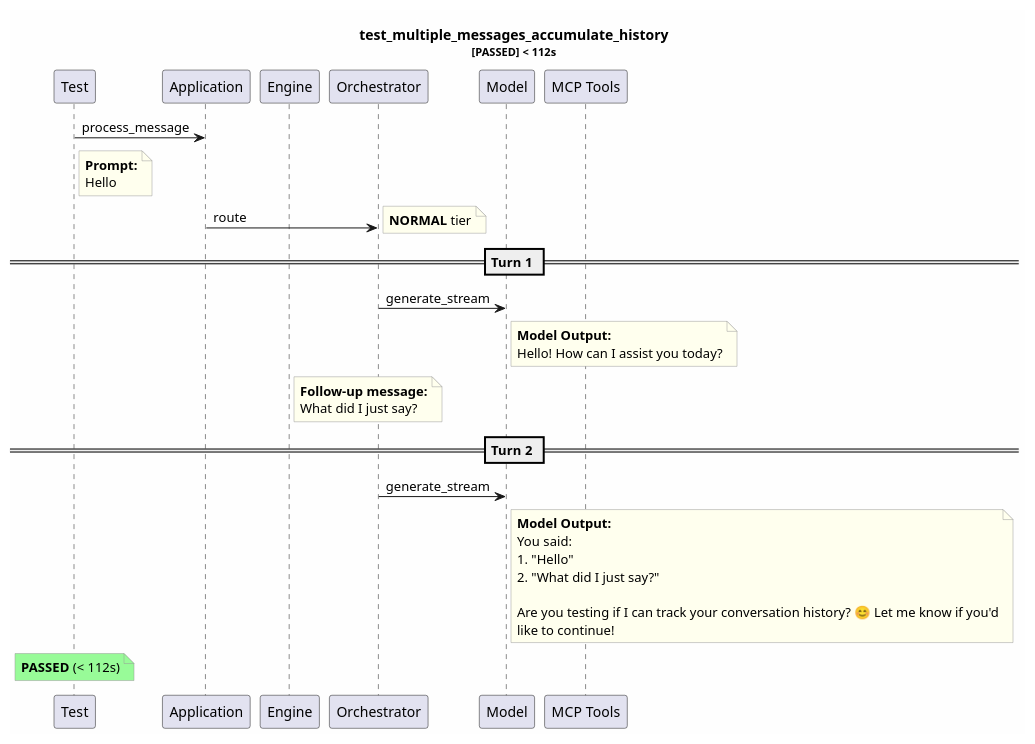
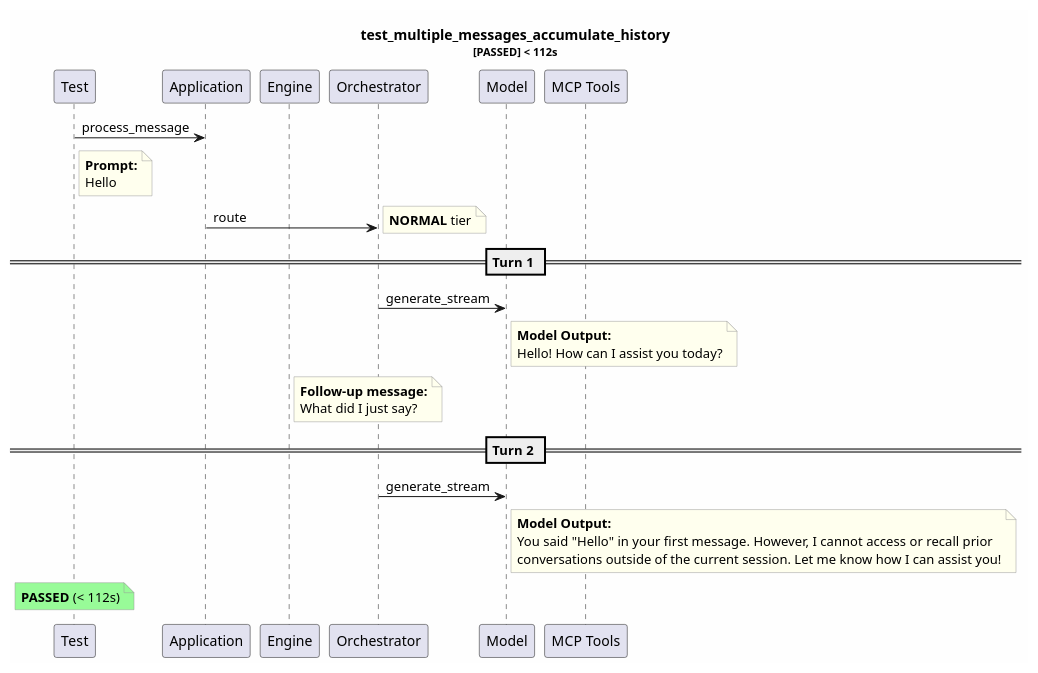
One commit to tvanfossen/entropic changed the diagram in test-reports/logs/test_multiple_messages_accumulate_history/test_multiple_messages_accumulate_history.puml. Above: the diagram before and after it, drawn with PlantUML. The commit also changed 75 other files, not shown here.

```diff
--- a/test-reports/logs/test_multiple_messages_accumulate_history/test_multiple_messages_accumulate_history.puml
+++ b/test-reports/logs/test_multiple_messages_accumulate_history/test_multiple_messages_accumulate_history.puml
@@ -1,46 +1,42 @@
 @startuml
 skinparam backgroundColor #FEFEFE
 skinparam noteBorderColor #999999
 skinparam noteBackgroundColor #FFFFEE
 title test_multiple_messages_accumulate_history\n<size:11>[PASSED] < 112s</size>
 
 participant "Test" as T
 participant "Application" as App
 participant "Engine" as Eng
 participant "Orchestrator" as Orch
 participant "Model" as Mdl
 participant "MCP Tools" as MCP
 
 T -> App: process_message
 note right of T
   **Prompt:**
   Hello
 end note
 App -> Orch: route
 note right: **NORMAL** tier
 == Turn 1 ==
 Orch -> Mdl: generate_stream
 note right of Mdl
   **Model Output:**
   Hello! How can I assist you today?
 end note
 note right of Eng
   **Follow-up message:**
   What did I just say?
 end note
 == Turn 2 ==
 Orch -> Mdl: generate_stream
 note right of Mdl
   **Model Output:**
-  You said:  
-  1. "Hello"  
-  2. "What did I just say?"  
-  
-  Are you testing if I can track your conversation history? 😊 Let me know if you'd
-  like to continue!
+  You said "Hello" in your first message. However, I cannot access or recall prior
+  conversations outside of the current session. Let me know how I can assist you!
 end note
 note over T #palegreen
   **PASSED** (< 112s)
 end note
 
 @enduml
```
